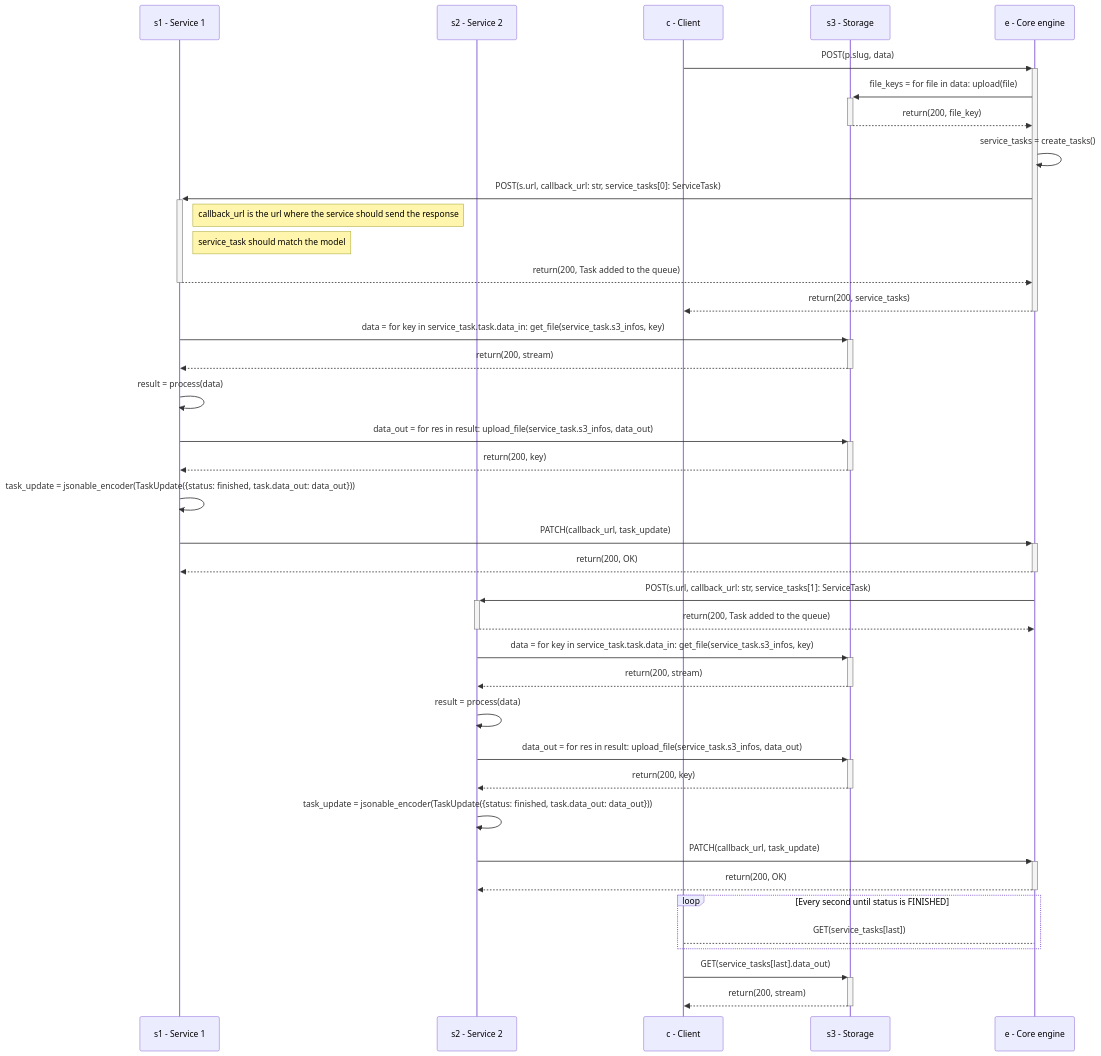
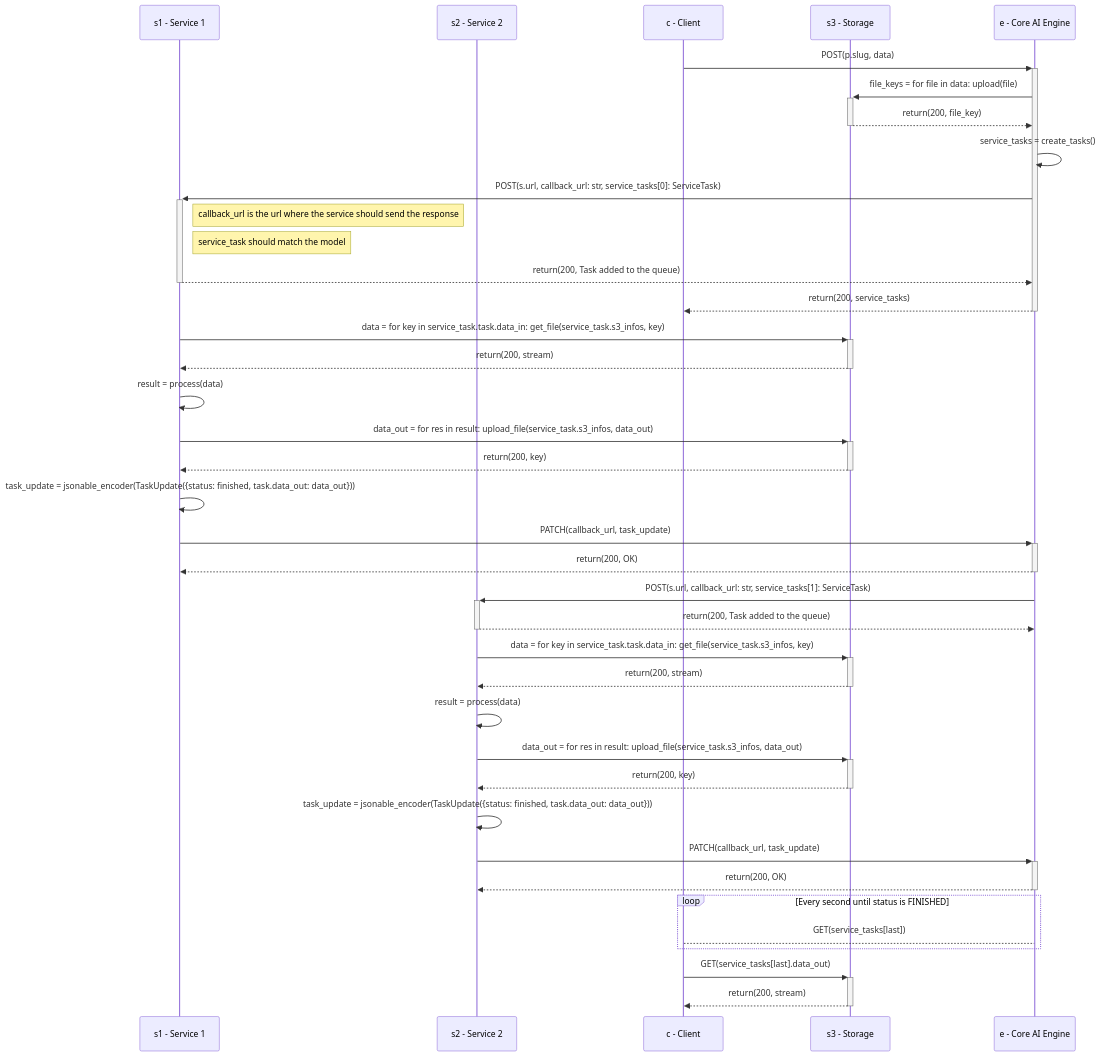
Before and after one commit to swiss-ai-center/documentation: the diagram in docs/reference/core-concepts/pipeline.md, drawn with Mermaid. The commit also changed other lines of this file and 35 other files, not shown here.

Commit message:
Renaming coreEngine in Core Ai Engine, Updating documentation, Changi… (#137)

````diff
--- a/docs/reference/core-concepts/pipeline.md
+++ b/docs/reference/core-concepts/pipeline.md
@@ -18,40 +18,40 @@
 ```mermaid
 sequenceDiagram
     participant S1 as s1 - Service 1
     participant S2 as s2 - Service 2
     participant C as c - Client
     participant S3 as s3 - Storage
-    participant E as e - Core engine
+    participant E as e - Core AI Engine
     C->>+E: POST(p.slug, data)
     E->>+S3: file_keys = for file in data: upload(file)
     S3-->>-E: return(200, file_key)
     E->>E: service_tasks = create_tasks()
     E->>+S1: POST(s.url, callback_url: str, service_tasks[0]: ServiceTask)
     Note right of S1: callback_url is the url where the service should send the response
     Note right of S1: service_task should match the model
     S1-->>-E: return(200, Task added to the queue)
     E-->>-C: return(200, service_tasks)
     S1->>+S3: data = for key in service_task.task.data_in: get_file(service_task.s3_infos, key)
     S3-->>-S1: return(200, stream)
     S1->>S1: result = process(data)
     S1->>+S3: data_out = for res in result: upload_file(service_task.s3_infos, data_out)
     S3-->>-S1: return(200, key)
     S1->>S1: task_update = jsonable_encoder(TaskUpdate({status: finished, task.data_out: data_out}))
     S1->>+E: PATCH(callback_url, task_update)
     E-->>-S1: return(200, OK)
     E->>+S2: POST(s.url, callback_url: str, service_tasks[1]: ServiceTask)
     S2-->>-E: return(200, Task added to the queue)
     S2->>+S3: data = for key in service_task.task.data_in: get_file(service_task.s3_infos, key)
     S3-->>-S2: return(200, stream)
     S2->>S2: result = process(data)
     S2->>+S3: data_out = for res in result: upload_file(service_task.s3_infos, data_out)
     S3-->>-S2: return(200, key)
     S2->>S2: task_update = jsonable_encoder(TaskUpdate({status: finished, task.data_out: data_out}))
     S2->>+E: PATCH(callback_url, task_update)
     E-->>-S2: return(200, OK)
     loop Every second until status is FINISHED
         C-->E: GET(service_tasks[last])
     end
     C->>+S3: GET(service_tasks[last].data_out)
     S3-->>-C: return(200, stream)
 ```
````
